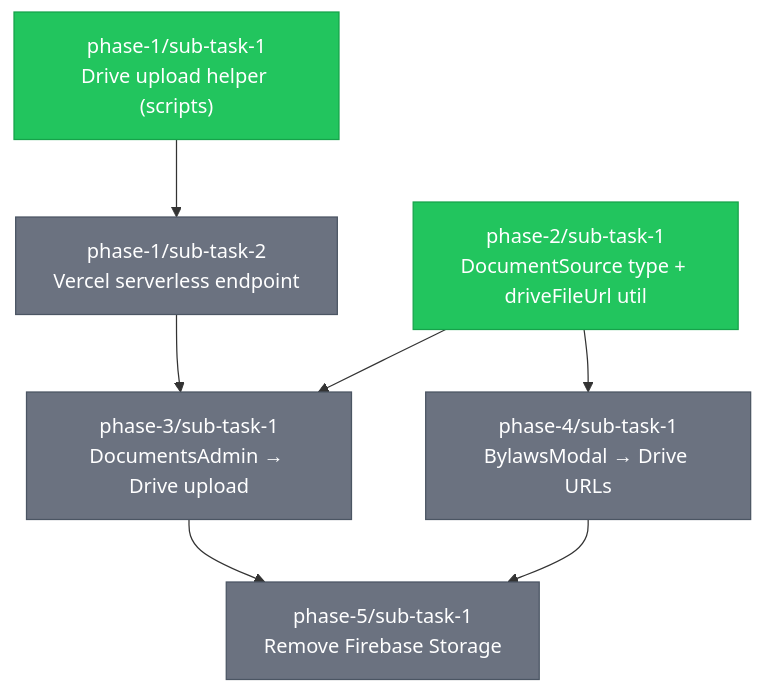
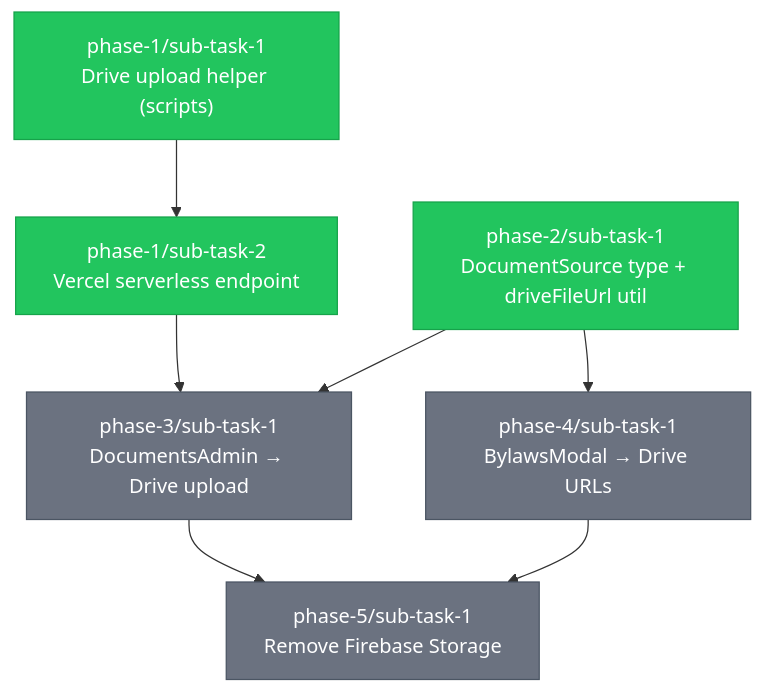
Before and after one commit to Bagwell-Oil-Imaging/late-night-happy-hour-league-site: the diagram in .claude/tasks/TASKS.md, drawn with Mermaid. The commit also changed other lines of this file, not shown here.

````diff
--- a/.claude/tasks/TASKS.md
+++ b/.claude/tasks/TASKS.md
@@ -18,40 +18,40 @@
 ```mermaid
 graph TD
     %% Phase 1: Infrastructure
     P1T1["phase-1/sub-task-1<br/>Drive upload helper (scripts)"]
     P1T2["phase-1/sub-task-2<br/>Vercel serverless endpoint"]
 
     %% Phase 2: Types & Utilities
     P2T1["phase-2/sub-task-1<br/>DocumentSource type + driveFileUrl util"]
 
     %% Phase 3: Admin UI
     P3T1["phase-3/sub-task-1<br/>DocumentsAdmin → Drive upload"]
 
     %% Phase 4: Frontend
     P4T1["phase-4/sub-task-1<br/>BylawsModal → Drive URLs"]
 
     %% Phase 5: Cleanup
     P5T1["phase-5/sub-task-1<br/>Remove Firebase Storage"]
 
     %% Dependencies
     P1T1 --> P1T2
     P1T2 --> P3T1
     P2T1 --> P3T1
     P2T1 --> P4T1
     P3T1 --> P5T1
     P4T1 --> P5T1
 
     %% Status styling
     classDef completed fill:#22c55e,stroke:#16a34a,color:#fff
     classDef inprogress fill:#eab308,stroke:#ca8a04,color:#fff
     classDef pending fill:#6b7280,stroke:#4b5563,color:#fff
     classDef blocked fill:#ef4444,stroke:#dc2626,color:#fff
 
     %% Apply status classes
     class P1T1 completed
-    class P1T2 pending
+    class P1T2 completed
     class P2T1 completed
     class P3T1 pending
     class P4T1 pending
     class P5T1 pending
 ```
````
